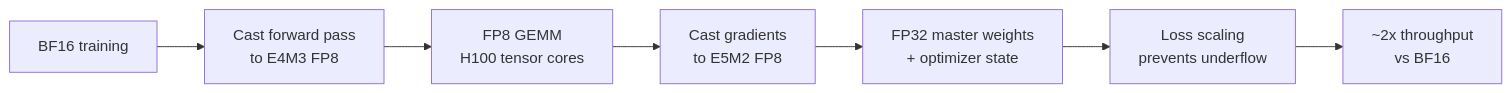
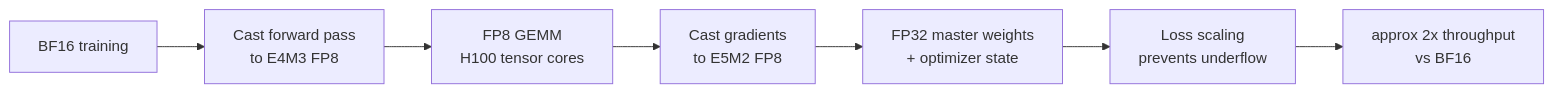
Before and after one commit to arpitsinghgautam/llm-quantization-gallery: the diagram in assets/mermaid/fp8-training.mmd, drawn with Mermaid. The commit also changed 8 other files, not shown here.

First line of the commit message:
fix: repair Mermaid parse errors, restructure README sections, add authors

```diff
--- a/assets/mermaid/fp8-training.mmd
+++ b/assets/mermaid/fp8-training.mmd
@@ -1,7 +1,7 @@
 flowchart LR
     A[BF16 training] --> B[Cast forward pass\nto E4M3 FP8]
     B --> C[FP8 GEMM\nH100 tensor cores]
     C --> D[Cast gradients\nto E5M2 FP8]
     D --> E[FP32 master weights\n+ optimizer state]
     E --> F[Loss scaling\nprevents underflow]
-    F --> G[~2x throughput\nvs BF16]
+    F --> G[approx 2x throughput\nvs BF16]
```
